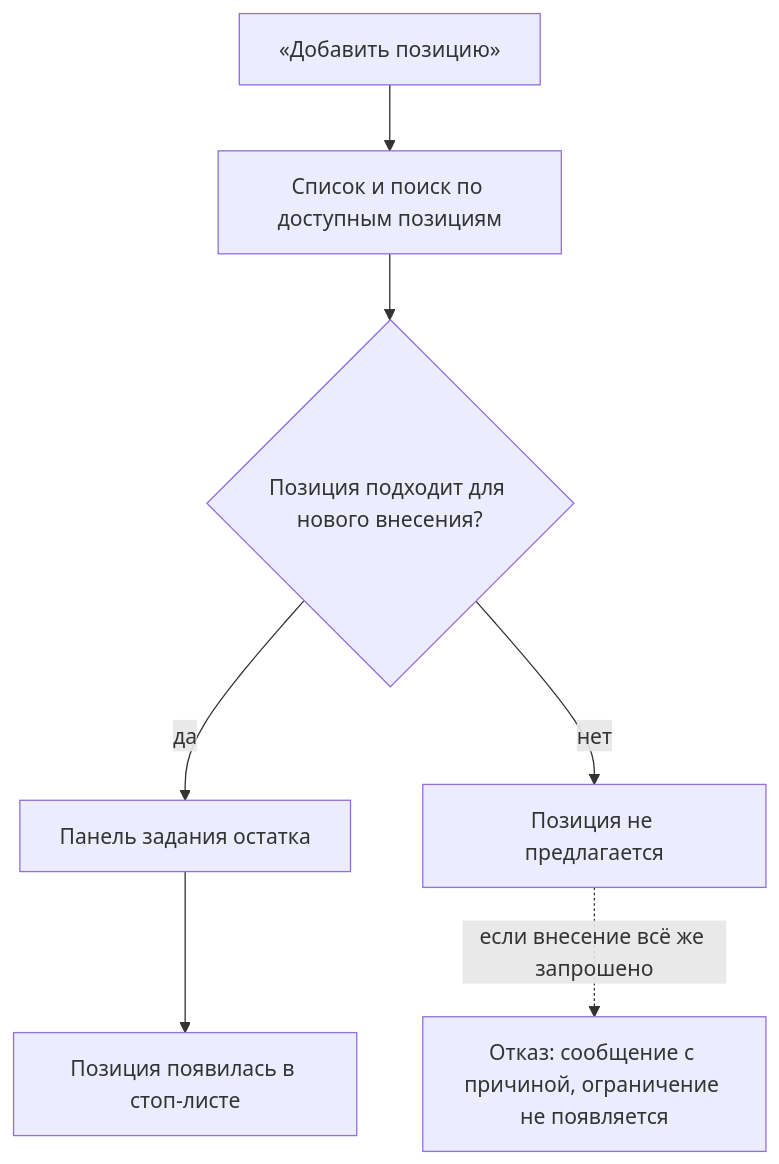
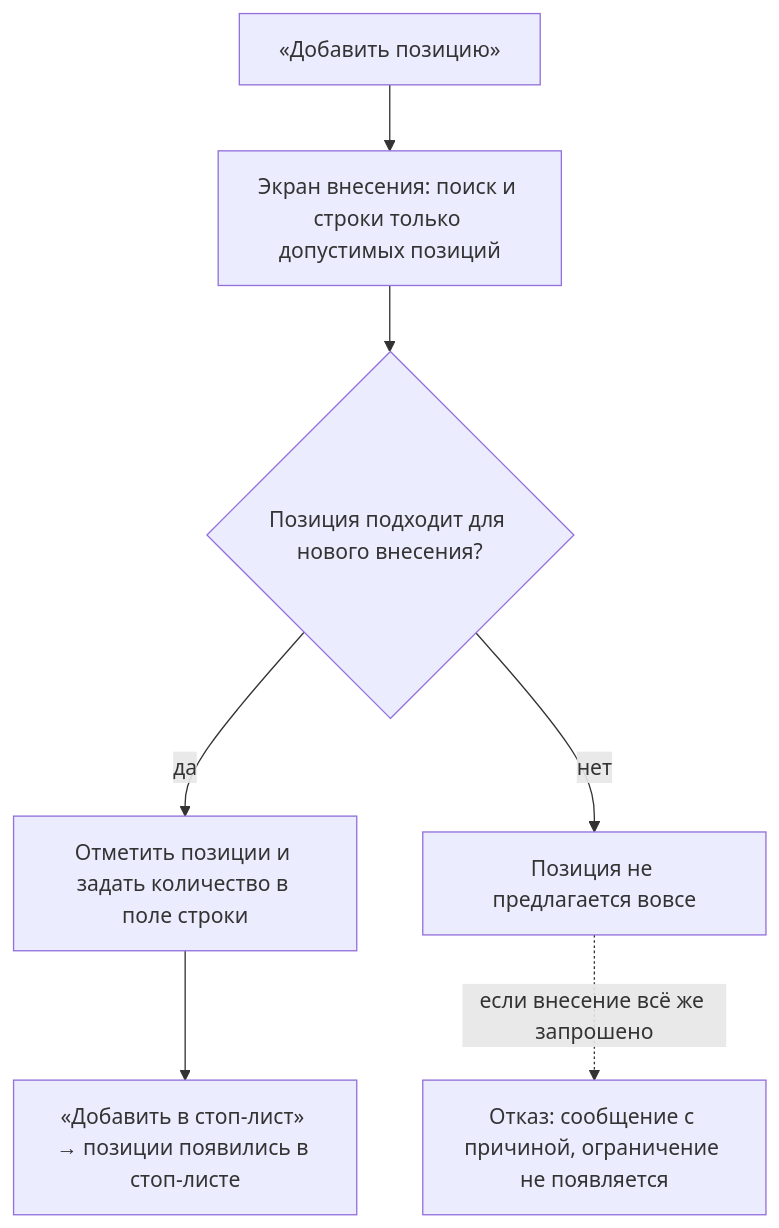
Before and after one commit to iiko-DS/ProtoApp-Draft: the fifth of 7 diagrams in KDS/StopList/pb8111-stoplist-tz.md, drawn with Mermaid. The commit also changed other lines of this file and 2 other files, not shown here.

First line of the commit message:
Стоп-лист: 7-й экран — панель раскрытия по Figma

````diff
--- a/KDS/StopList/pb8111-stoplist-tz.md
+++ b/KDS/StopList/pb8111-stoplist-tz.md
@@ -147,8 +148,9 @@
 ```mermaid
 flowchart TD
-  A[«Добавить позицию»] --> S[Список и поиск по доступным позициям]
+  A[«Добавить позицию»] --> S[Экран внесения: поиск и строки только допустимых позиций]
   S --> T{Позиция подходит для нового внесения?}
-  T -- да --> P[Панель задания остатка] --> OK[Позиция появилась в стоп-листе]
-  T -- нет --> H[Позиция не предлагается]
+  T -- да --> C[Отметить позиции и задать количество в поле строки]
+  C --> OK[«Добавить в стоп-лист» → позиции появились в стоп-листе]
+  T -- нет --> H[Позиция не предлагается вовсе]
   H -. если внесение всё же запрошено .-> R[Отказ: сообщение с причиной, ограничение не появляется]
 ```
````
